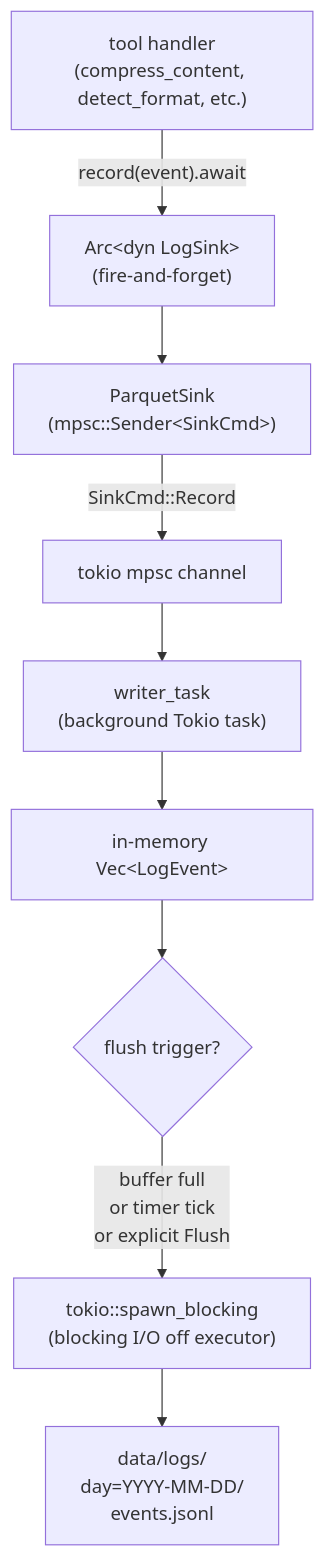
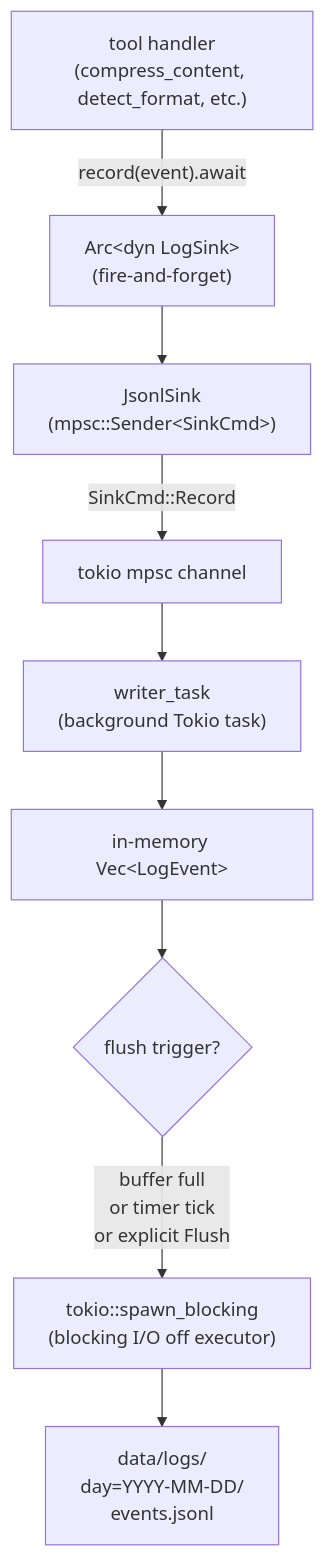
One commit to cipher-rc5/toon-mcp changed the first of 3 diagrams in docs/logging.md. Above: the diagram before and after it, drawn with Mermaid. The commit also changed other lines of this file and 3 other files, not shown here.

First line of the commit message:
docs: update architecture, configuration, logging, and testing docs

````diff
--- a/docs/logging.md
+++ b/docs/logging.md
@@ -9,21 +9,21 @@
 ```mermaid
 flowchart TD
     Handler["tool handler\n(compress_content, detect_format, etc.)"]
     Trait["Arc&lt;dyn LogSink&gt;\n(fire-and-forget)"]
-    ParquetSink["ParquetSink\n(mpsc::Sender&lt;SinkCmd&gt;)"]
+    JsonlSink["JsonlSink\n(mpsc::Sender&lt;SinkCmd&gt;)"]
     Channel["tokio mpsc channel"]
     WriterTask["writer_task\n(background Tokio task)"]
     Buffer["in-memory Vec&lt;LogEvent&gt;"]
     FlushTrigger{"flush trigger?"}
     SpawnBlocking["tokio::spawn_blocking\n(blocking I/O off executor)"]
     JSONL["data/logs/\nday=YYYY-MM-DD/\nevents.jsonl"]
 
     Handler -- "record(event).await" --> Trait
-    Trait --> ParquetSink
-    ParquetSink -- "SinkCmd::Record" --> Channel
+    Trait --> JsonlSink
+    JsonlSink -- "SinkCmd::Record" --> Channel
     Channel --> WriterTask
     WriterTask --> Buffer
     Buffer --> FlushTrigger
     FlushTrigger -- "buffer full\nor timer tick\nor explicit Flush" --> SpawnBlocking
     SpawnBlocking --> JSONL
 ```
````
